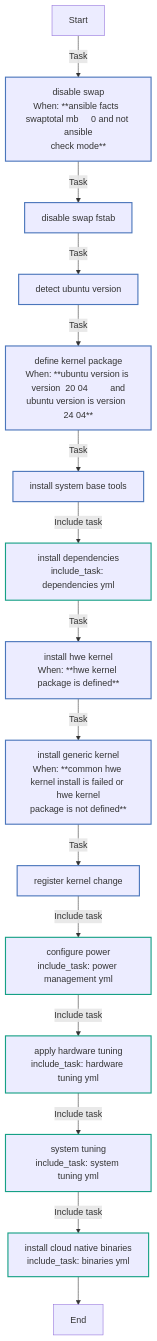
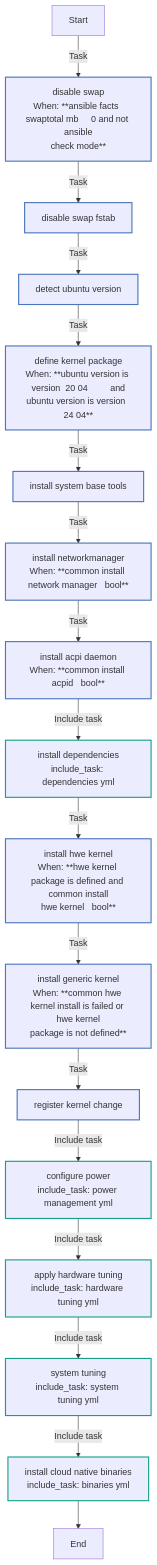
The fifth of 9 diagrams in roles/common/README.md (rou-cru/k3s-homelab), drawn with Mermaid before and after one commit. The commit also changed other lines of this file and 21 other files, not shown here.

````diff
--- a/roles/common/README.md
+++ b/roles/common/README.md
@@ -565,27 +616,29 @@
 ```mermaid
 flowchart TD
 Start
 classDef block stroke:#3498db,stroke-width:2px;
 classDef task stroke:#4b76bb,stroke-width:2px;
 classDef includeTasks stroke:#16a085,stroke-width:2px;
 classDef importTasks stroke:#34495e,stroke-width:2px;
 classDef includeRole stroke:#2980b9,stroke-width:2px;
 classDef importRole stroke:#699ba7,stroke-width:2px;
 classDef includeVars stroke:#8e44ad,stroke-width:2px;
 classDef rescue stroke:#665352,stroke-width:2px;
 
   Start-->|Task| Disable_swap0[disable swap<br>When: **ansible facts  swaptotal mb     0 and not ansible<br>check mode**]:::task
   Disable_swap0-->|Task| Disable_swap__fstab_1[disable swap  fstab ]:::task
   Disable_swap__fstab_1-->|Task| Detect_Ubuntu_version2[detect ubuntu version]:::task
   Detect_Ubuntu_version2-->|Task| Define_kernel_package3[define kernel package<br>When: **ubuntu version is version  20 04         and<br>ubuntu version is version  24 04**]:::task
   Define_kernel_package3-->|Task| Install_system_base_tools4[install system base tools]:::task
-  Install_system_base_tools4-->|Include task| Install_dependencies_dependencies_yml_5[install dependencies<br>include_task: dependencies yml]:::includeTasks
-  Install_dependencies_dependencies_yml_5-->|Task| Install_HWE_kernel6[install hwe kernel<br>When: **hwe kernel package is defined**]:::task
-  Install_HWE_kernel6-->|Task| Install_generic_kernel7[install generic kernel<br>When: **common hwe kernel install is failed or hwe kernel<br>package is not defined**]:::task
-  Install_generic_kernel7-->|Task| Register_kernel_change8[register kernel change]:::task
-  Register_kernel_change8-->|Include task| Configure_power_power_management_yml_9[configure power<br>include_task: power management yml]:::includeTasks
-  Configure_power_power_management_yml_9-->|Include task| Apply_hardware_tuning_hardware_tuning_yml_10[apply hardware tuning<br>include_task: hardware tuning yml]:::includeTasks
-  Apply_hardware_tuning_hardware_tuning_yml_10-->|Include task| System_Tuning_system_tuning_yml_11[system tuning<br>include_task: system tuning yml]:::includeTasks
-  System_Tuning_system_tuning_yml_11-->|Include task| Install_Cloud_Native_Binaries_binaries_yml_12[install cloud native binaries<br>include_task: binaries yml]:::includeTasks
-  Install_Cloud_Native_Binaries_binaries_yml_12-->End
+  Install_system_base_tools4-->|Task| Install_NetworkManager5[install networkmanager<br>When: **common install network manager   bool**]:::task
+  Install_NetworkManager5-->|Task| Install_ACPI_daemon6[install acpi daemon<br>When: **common install acpid   bool**]:::task
+  Install_ACPI_daemon6-->|Include task| Install_dependencies_dependencies_yml_7[install dependencies<br>include_task: dependencies yml]:::includeTasks
+  Install_dependencies_dependencies_yml_7-->|Task| Install_HWE_kernel8[install hwe kernel<br>When: **hwe kernel package is defined and common install<br>hwe kernel   bool**]:::task
+  Install_HWE_kernel8-->|Task| Install_generic_kernel9[install generic kernel<br>When: **common hwe kernel install is failed or hwe kernel<br>package is not defined**]:::task
+  Install_generic_kernel9-->|Task| Register_kernel_change10[register kernel change]:::task
+  Register_kernel_change10-->|Include task| Configure_power_power_management_yml_11[configure power<br>include_task: power management yml]:::includeTasks
+  Configure_power_power_management_yml_11-->|Include task| Apply_hardware_tuning_hardware_tuning_yml_12[apply hardware tuning<br>include_task: hardware tuning yml]:::includeTasks
+  Apply_hardware_tuning_hardware_tuning_yml_12-->|Include task| System_Tuning_system_tuning_yml_13[system tuning<br>include_task: system tuning yml]:::includeTasks
+  System_Tuning_system_tuning_yml_13-->|Include task| Install_Cloud_Native_Binaries_binaries_yml_14[install cloud native binaries<br>include_task: binaries yml]:::includeTasks
+  Install_Cloud_Native_Binaries_binaries_yml_14-->End
 ```
````
